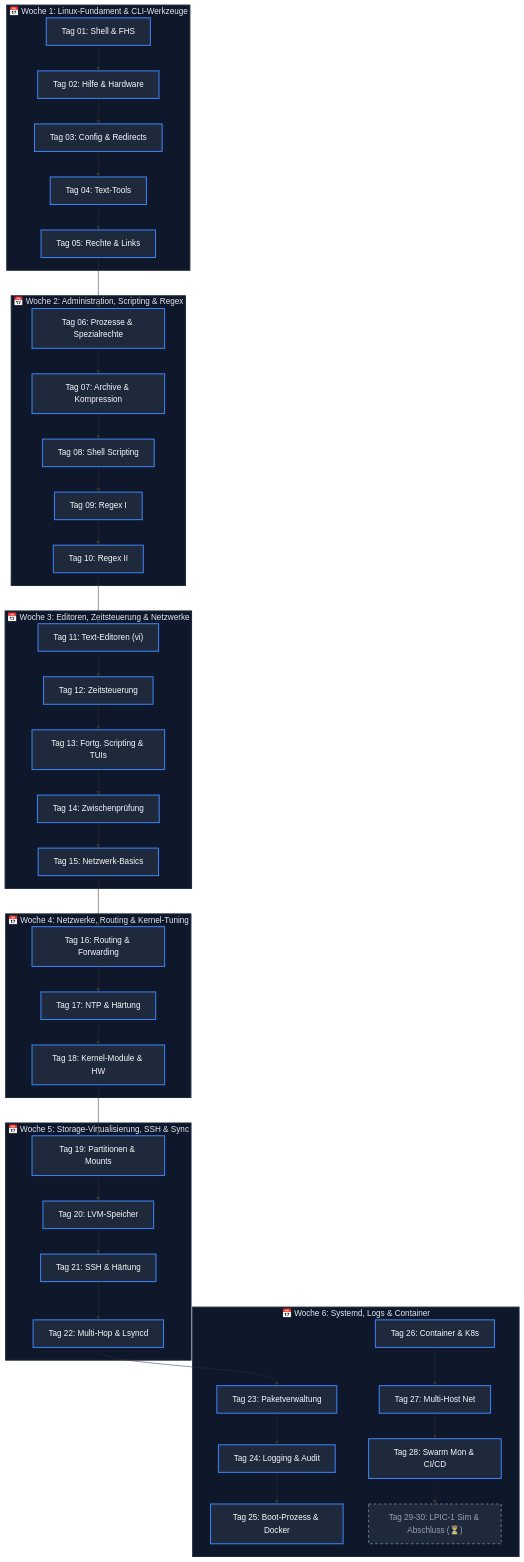
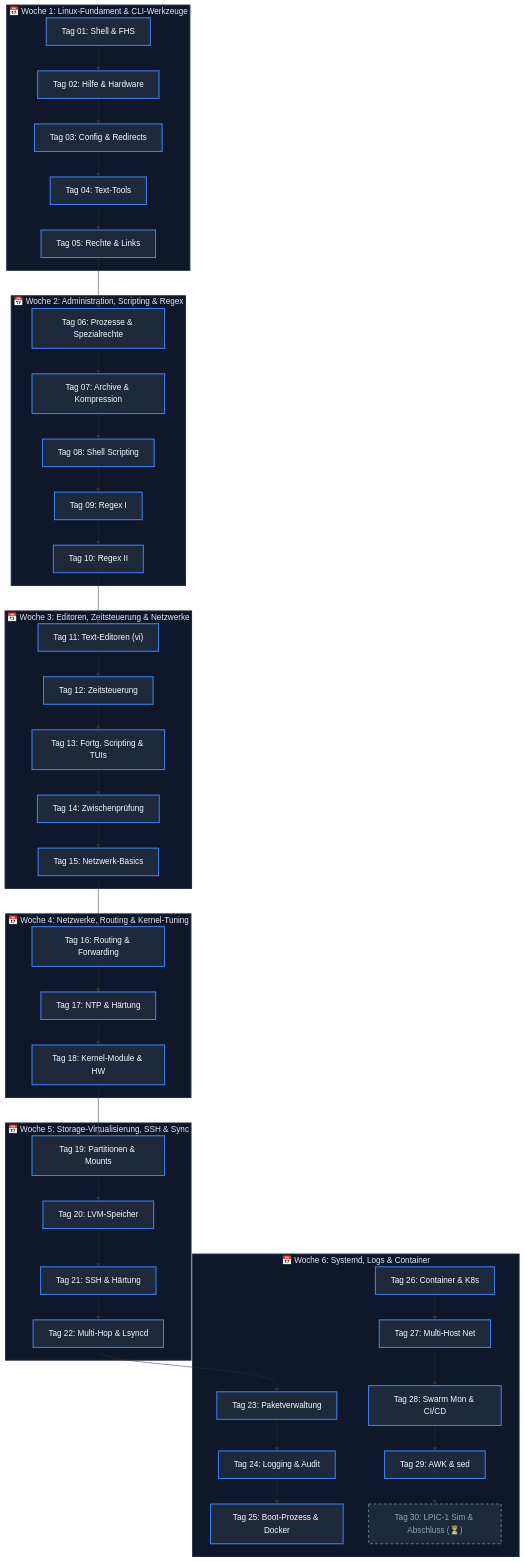
The diagram in README.md (BitLC-NE-2025-2026/Linux-Essentials), drawn with Mermaid before and after one commit. The commit also changed other lines of this file and 1 other file, not shown here.

Commit message:
docs: add Day 29 README for AWK & sed and update master README

````diff
--- a/README.md
+++ b/README.md
@@ -11,63 +11,64 @@
 ```mermaid
 flowchart TD
     subgraph W1["📅 Woche 1: Linux-Fundament & CLI-Werkzeuge"]
         D01["Tag 01: Shell & FHS"] --> D02["Tag 02: Hilfe & Hardware"]
         D02 --> D03["Tag 03: Config & Redirects"]
         D03 --> D04["Tag 04: Text-Tools"]
         D04 --> D05["Tag 05: Rechte & Links"]
     end
 
     subgraph W2["📅 Woche 2: Administration, Scripting & Regex"]
         D06["Tag 06: Prozesse & Spezialrechte"] --> D07["Tag 07: Archive & Kompression"]
         D07 --> D08["Tag 08: Shell Scripting"]
         D08 --> D09["Tag 09: Regex I"]
         D09 --> D10["Tag 10: Regex II"]
     end
 
     subgraph W3["📅 Woche 3: Editoren, Zeitsteuerung & Netzwerke"]
         D11["Tag 11: Text-Editoren (vi)"] --> D12["Tag 12: Zeitsteuerung"]
         D12 --> D13["Tag 13: Fortg. Scripting & TUIs"]
         D13 --> D14["Tag 14: Zwischenprüfung"]
         D14 --> D15["Tag 15: Netzwerk-Basics"]
     end
 
     subgraph W4["📅 Woche 4: Netzwerke, Routing & Kernel-Tuning"]
         D16["Tag 16: Routing & Forwarding"] --> D17["Tag 17: NTP & Härtung"]
         D17 --> D18["Tag 18: Kernel-Module & HW"]
     end
 
     subgraph W5["📅 Woche 5: Storage-Virtualisierung, SSH & Sync"]
         D19["Tag 19: Partitionen & Mounts"] --> D20["Tag 20: LVM-Speicher"]
         D20 --> D21["Tag 21: SSH & Härtung"]
         D21 --> D22["Tag 22: Multi-Hop & Lsyncd"]
     end
 
     subgraph W6["📅 Woche 6: Systemd, Logs & Container"]
         D23["Tag 23: Paketverwaltung"] --> D24["Tag 24: Logging & Audit"]
         D24 --> D25["Tag 25: Boot-Prozess & Docker"]
           D26["Tag 26: Container & K8s"] --> D27["Tag 27: Multi-Host Net"]
         D27 --> D28["Tag 28: Swarm Mon & CI/CD"]
-        D28 -.-> D29_30["Tag 29-30: LPIC-1 Sim & Abschluss (⏳)"]
+        D28 --> D29["Tag 29: AWK & sed"]
+        D29 -.-> D30["Tag 30: LPIC-1 Sim & Abschluss (⏳)"]
     end
 
     D05 --> D06
     D10 --> D11
     D15 --> D16
     D18 --> D19
     D22 --> D23
 
     %% Style classes
     classDef completed fill:#1e293b,stroke:#3b82f6,stroke-width:2px,color:#f8fafc;
     classDef pending fill:#1e293b,stroke:#64748b,stroke-width:2px,stroke-dasharray: 5 5,color:#94a3b8;
 
-    class D01,D02,D03,D04,D05,D06,D07,D08,D09,D10,D11,D12,D13,D14,D15,D16,D17,D18,D19,D20,D21,D22,D23,D24,D25,D26,D27,D28 completed;
-    class D29_30 pending;
+    class D01,D02,D03,D04,D05,D06,D07,D08,D09,D10,D11,D12,D13,D14,D15,D16,D17,D18,D19,D20,D21,D22,D23,D24,D25,D26,D27,D28,D29 completed;
+    class D30 pending;
 
     %% Subgraph Styles
     style W1 fill:#0f172a,stroke:#1e293b,stroke-width:2px,color:#e2e8f0
     style W2 fill:#0f172a,stroke:#1e293b,stroke-width:2px,color:#e2e8f0
     style W3 fill:#0f172a,stroke:#1e293b,stroke-width:2px,color:#e2e8f0
     style W4 fill:#0f172a,stroke:#1e293b,stroke-width:2px,color:#e2e8f0
     style W5 fill:#0f172a,stroke:#1e293b,stroke-width:2px,color:#e2e8f0
     style W6 fill:#0f172a,stroke:#1e293b,stroke-width:2px,color:#e2e8f0
 ```
````
